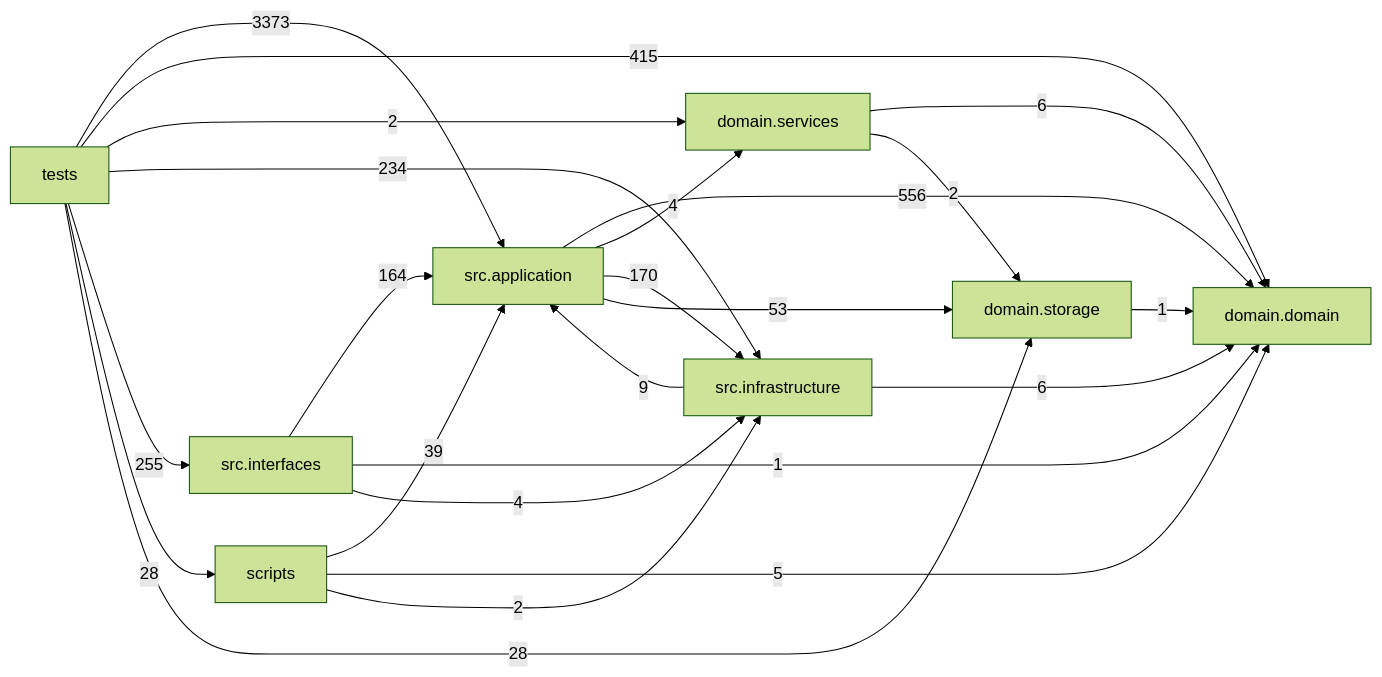
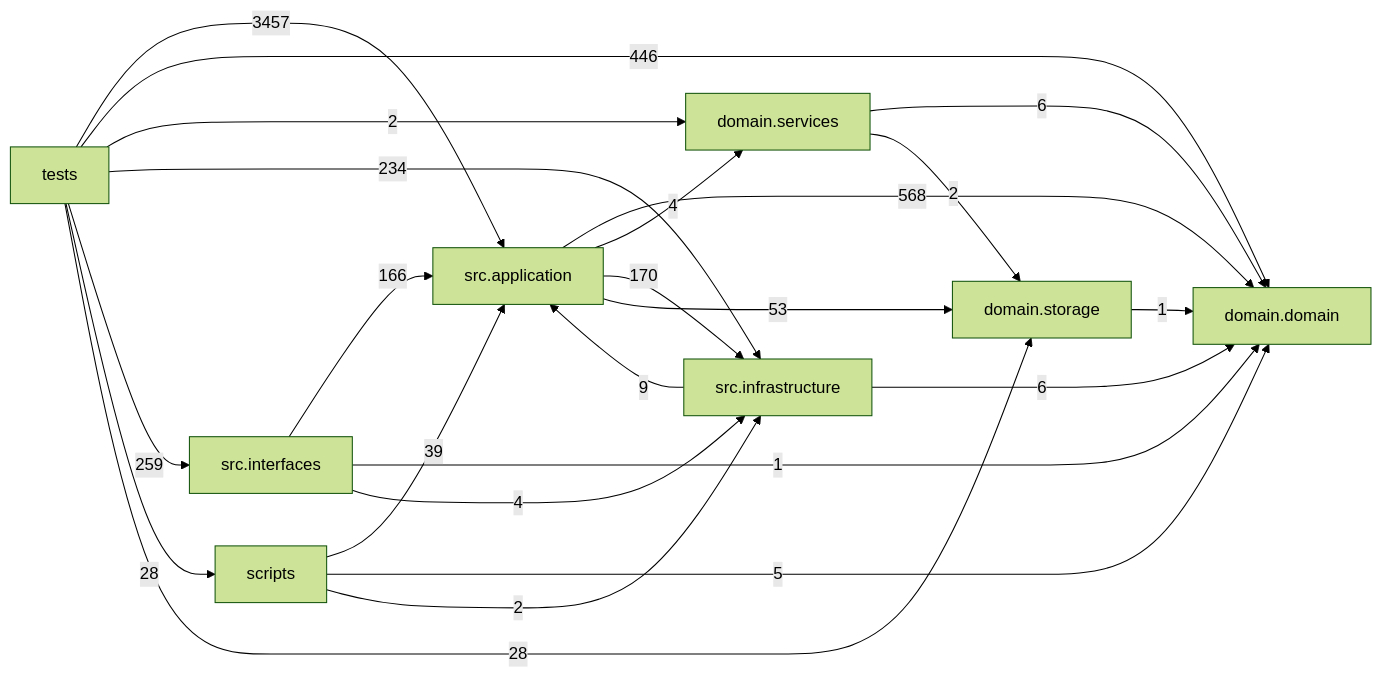
The diagram in docs/DEPENDENCY_GRAPH.md (liuxie066/options-monitor), drawn with Mermaid (forest theme) before and after one commit. The commit also changed other lines of this file and 52 other files, not shown here.

````diff
--- a/docs/DEPENDENCY_GRAPH.md
+++ b/docs/DEPENDENCY_GRAPH.md
@@ -24,33 +24,33 @@
 ```mermaid
 flowchart LR
   tests["tests"]
   scripts["scripts"]
   interfaces["src.interfaces"]
   application["src.application"]
   infrastructure["src.infrastructure"]
   domain_services["domain.services"]
   domain["domain.domain"]
   storage["domain.storage"]
-  application -->|556| domain
+  application -->|568| domain
   application -->|4| domain_services
   application -->|170| infrastructure
   application -->|53| storage
   domain_services -->|6| domain
   domain_services -->|2| storage
   infrastructure -->|9| application
   infrastructure -->|6| domain
-  interfaces -->|164| application
+  interfaces -->|166| application
   interfaces -->|1| domain
   interfaces -->|4| infrastructure
   scripts -->|39| application
   scripts -->|5| domain
   scripts -->|2| infrastructure
   storage -->|1| domain
-  tests -->|3373| application
-  tests -->|415| domain
+  tests -->|3457| application
+  tests -->|446| domain
   tests -->|2| domain_services
   tests -->|234| infrastructure
-  tests -->|255| interfaces
+  tests -->|259| interfaces
   tests -->|28| scripts
   tests -->|28| storage
 ```
````
